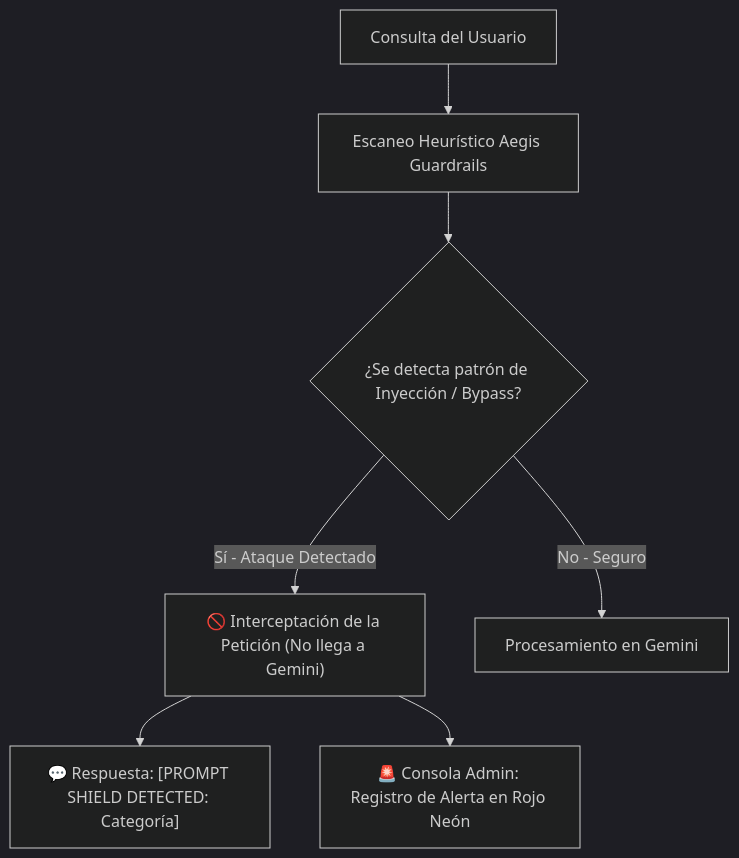
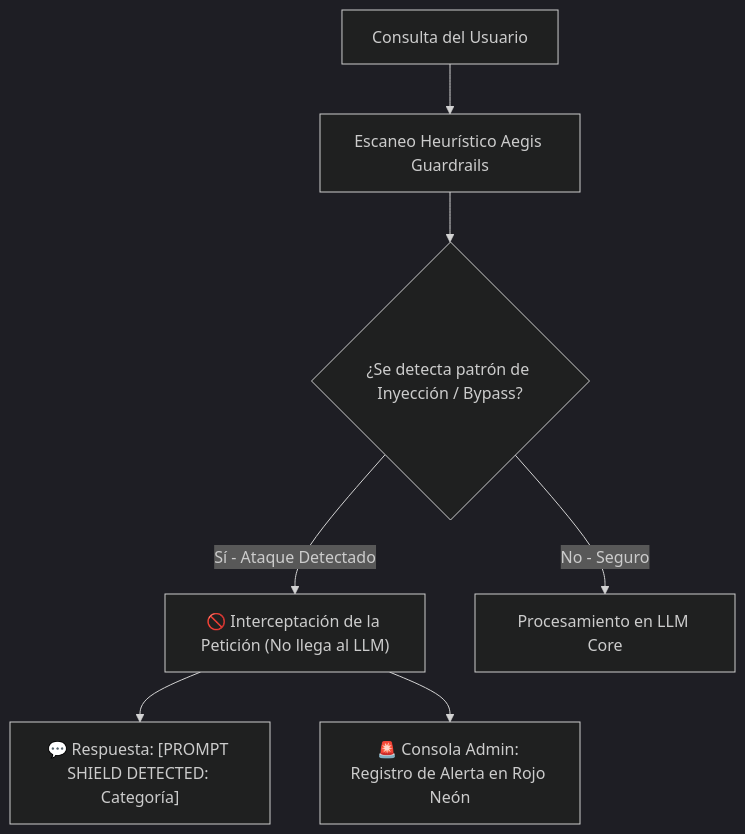
Before and after one commit to emilio-garcia-ie/LEAKGUARD: the second of 2 diagrams in README.md, drawn with Mermaid (dark theme). The commit also changed other lines of this file, not shown here.

Commit message:
Obfuscate explicit mentions of Gemini and LeakOSINT

````diff
--- a/README.md
+++ b/README.md
@@ -45,9 +45,9 @@
 ```mermaid
 graph TD
     A[Consulta del Usuario] --> B[Escaneo Heurístico Aegis Guardrails]
     B --> C{¿Se detecta patrón de Inyección / Bypass?}
-    C -->|Sí - Ataque Detectado| D["🚫 Interceptación de la Petición (No llega a Gemini)"]
+    C -->|Sí - Ataque Detectado| D["🚫 Interceptación de la Petición (No llega al LLM)"]
     D --> E["💬 Respuesta: [PROMPT SHIELD DETECTED: Categoría]"]
     D --> F[🚨 Consola Admin: Registro de Alerta en Rojo Neón]
-    C -->|No - Seguro| G[Procesamiento en Gemini]
+    C -->|No - Seguro| G[Procesamiento en LLM Core]
 ```
````
